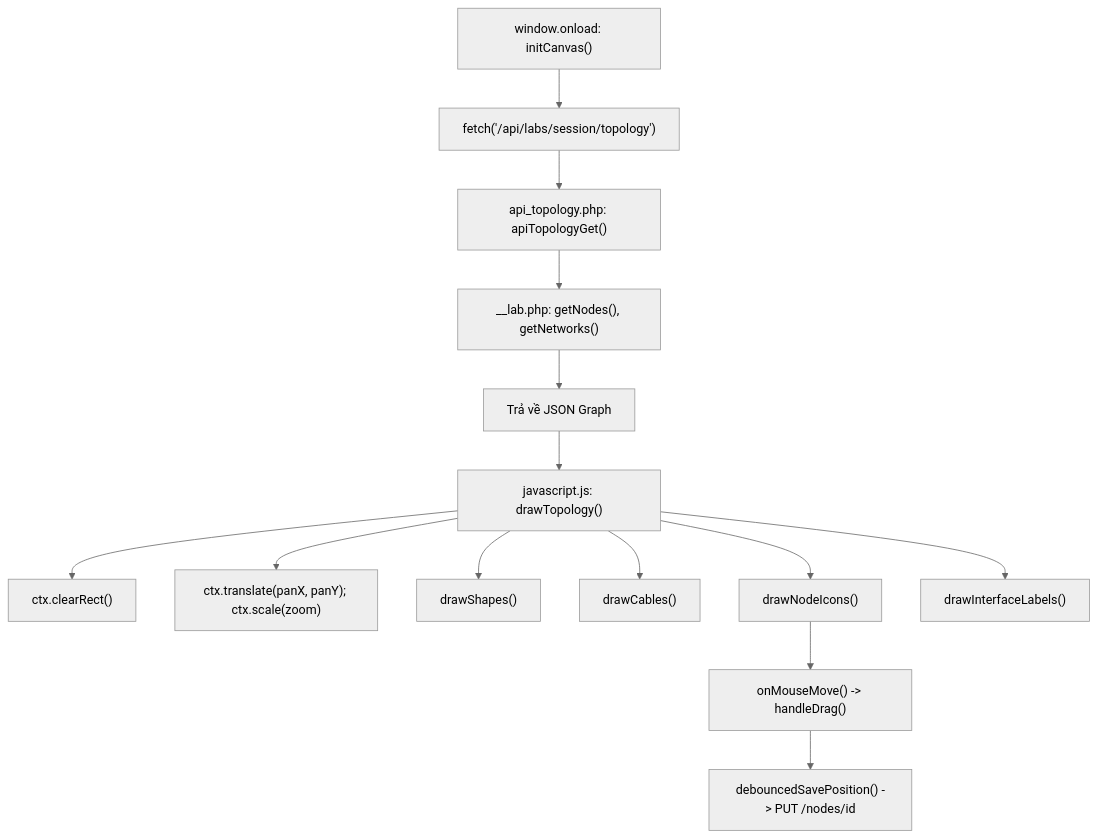
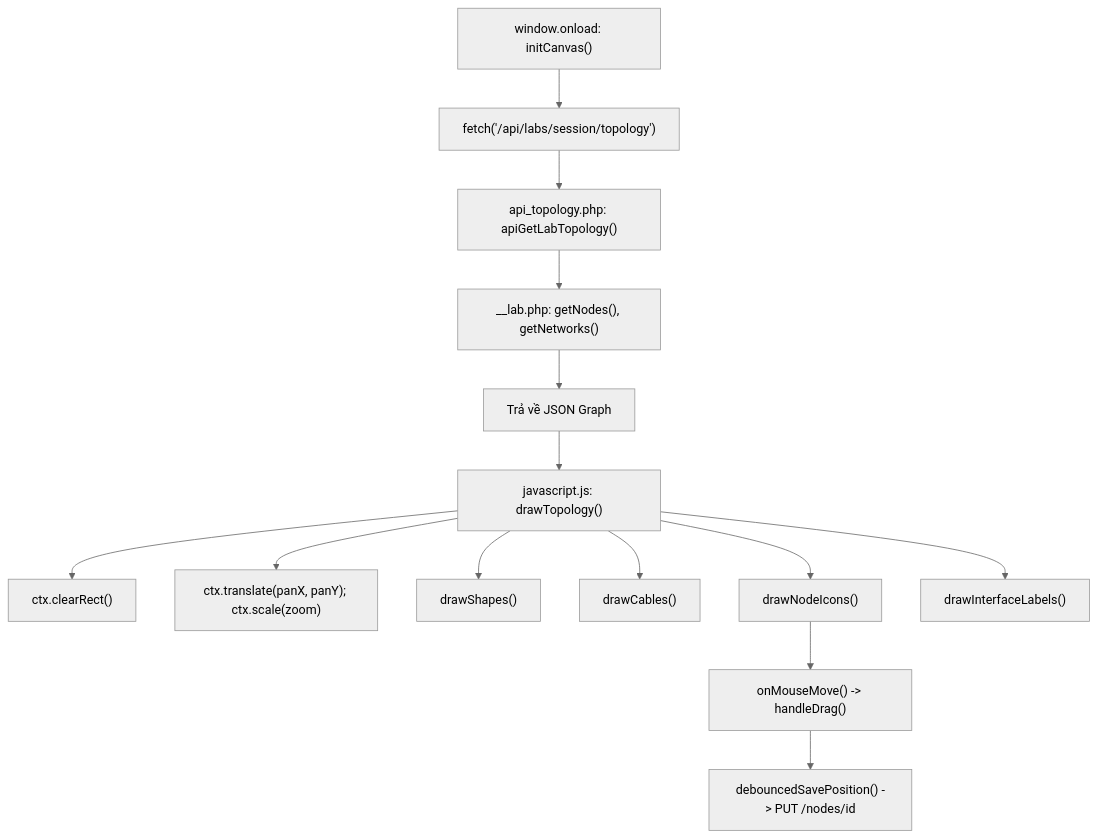
The diagram in docs/03-diagrams/f10-canvas-topology-engine-callgraph.md (Luuxinhxinh/pnet-v8), drawn with Mermaid (neutral theme) before and after one commit. The commit also changed 39 other files, not shown here.

````diff
--- a/docs/03-diagrams/f10-canvas-topology-engine-callgraph.md
+++ b/docs/03-diagrams/f10-canvas-topology-engine-callgraph.md
@@ -9,16 +9,16 @@
 ```mermaid
 graph TD
     INIT["window.onload: initCanvas()"] --> FETCH_TOPO["fetch('/api/labs/session/topology')"]
-    FETCH_TOPO --> API_TOPO["api_topology.php: apiTopologyGet()"]
+    FETCH_TOPO --> API_TOPO["api_topology.php: apiGetLabTopology()"]
     API_TOPO --> LOAD_ELEMENTS["__lab.php: getNodes(), getNetworks()"]
     LOAD_ELEMENTS --> RETURN_JSON["Trả về JSON Graph"]
     RETURN_JSON --> RENDER_LOOP["javascript.js: drawTopology()"]
     RENDER_LOOP --> CLEAR["ctx.clearRect()"]
     RENDER_LOOP --> APPLY_TRANSFORM["ctx.translate(panX, panY); ctx.scale(zoom)"]
     RENDER_LOOP --> DRAW_SHAPES["drawShapes()"]
     RENDER_LOOP --> DRAW_LINKS["drawCables()"]
     RENDER_LOOP --> DRAW_NODES["drawNodeIcons()"]
     RENDER_LOOP --> DRAW_LABELS["drawInterfaceLabels()"]
     DRAW_NODES --> EVENT_DRAG["onMouseMove() -> handleDrag()"]
     EVENT_DRAG --> SAVE_POS["debouncedSavePosition() -> PUT /nodes/id"]
 ```
````
